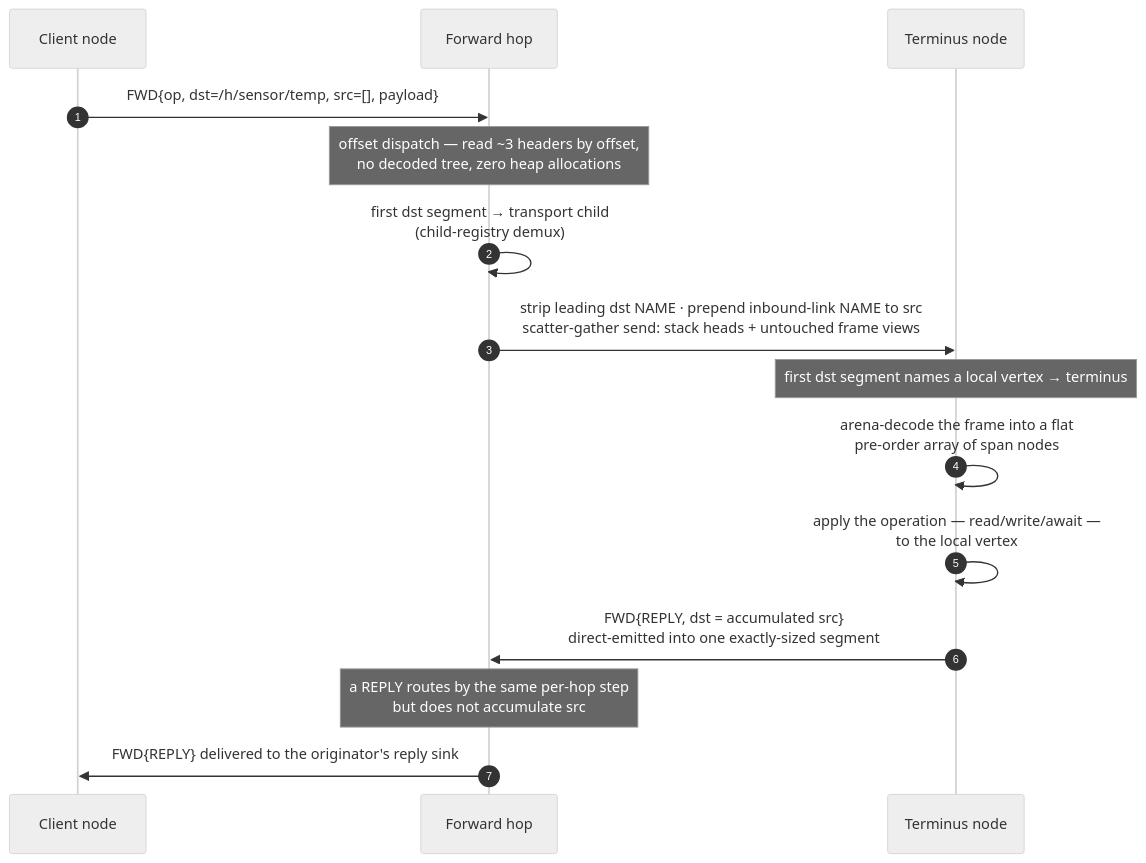
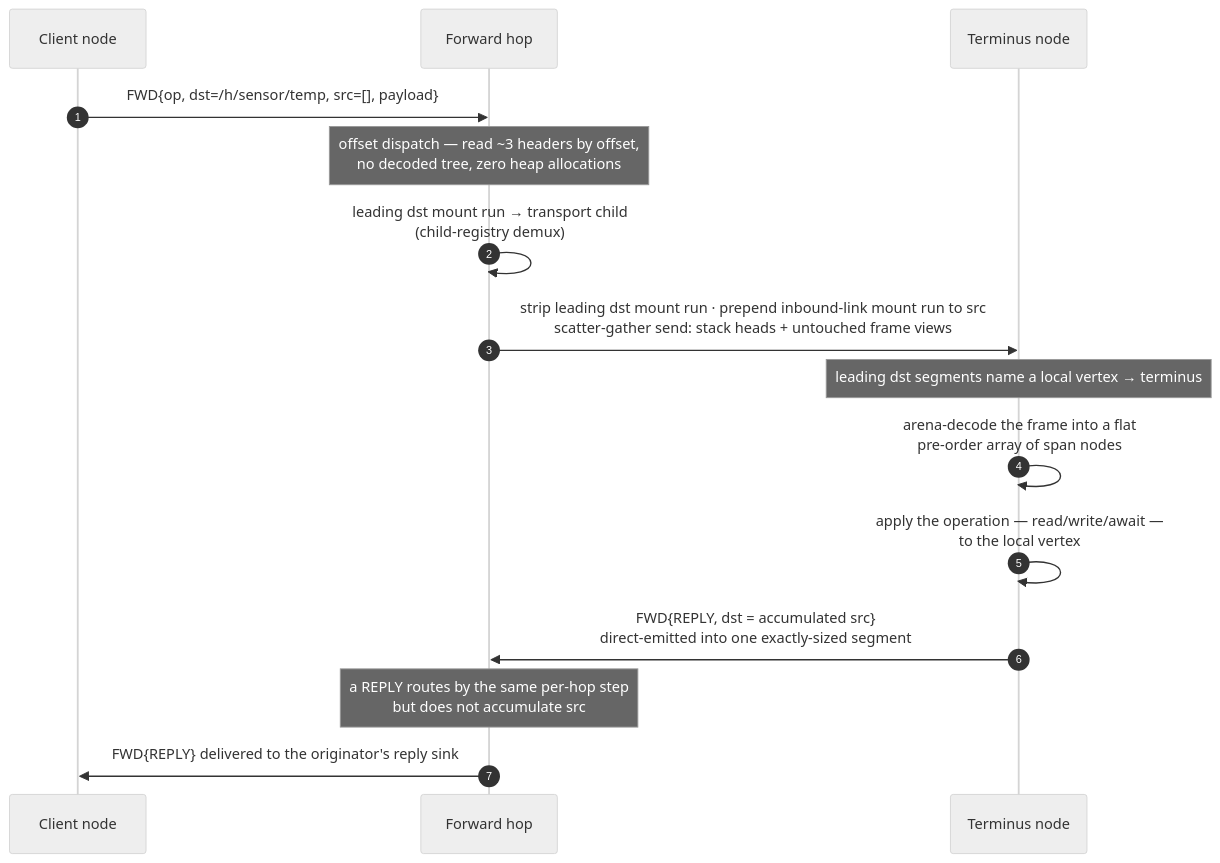
The second of 6 diagrams in docs/reference/04-communication-flows.md (avatarsd-llc/libtracer), drawn with Mermaid (neutral theme) before and after one commit. The commit also changed other lines of this file and 12 other files, not shown here.

````diff
--- a/docs/reference/04-communication-flows.md
+++ b/docs/reference/04-communication-flows.md
@@ -259,17 +259,17 @@
 ```{mermaid}
 sequenceDiagram
     autonumber
     participant C as Client node
     participant H as Forward hop
     participant T as Terminus node
     C->>H: FWD{op, dst=/h/sensor/temp, src=[], payload}
     Note over H: offset dispatch — read ~3 headers by offset,<br/>no decoded tree, zero heap allocations
-    H->>H: first dst segment → transport child<br/>(child-registry demux)
-    H->>T: strip leading dst NAME · prepend inbound-link NAME to src<br/>scatter-gather send: stack heads + untouched frame views
-    Note over T: first dst segment names a local vertex → terminus
+    H->>H: leading dst mount run → transport child<br/>(child-registry demux)
+    H->>T: strip leading dst mount run · prepend inbound-link mount run to src<br/>scatter-gather send: stack heads + untouched frame views
+    Note over T: leading dst segments name a local vertex → terminus
     T->>T: arena-decode the frame into a flat<br/>pre-order array of span nodes
     T->>T: apply the operation — read/write/await —<br/>to the local vertex
     T->>H: FWD{REPLY, dst = accumulated src}<br/>direct-emitted into one exactly-sized segment
     Note over H: a REPLY routes by the same per-hop step<br/>but does not accumulate src
     H->>C: FWD{REPLY} delivered to the originator's reply sink
 ```
````
